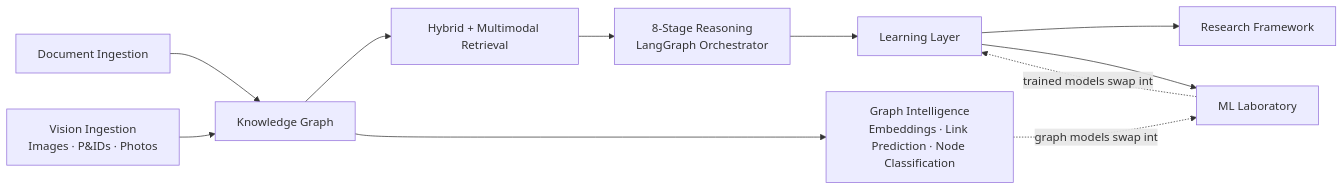
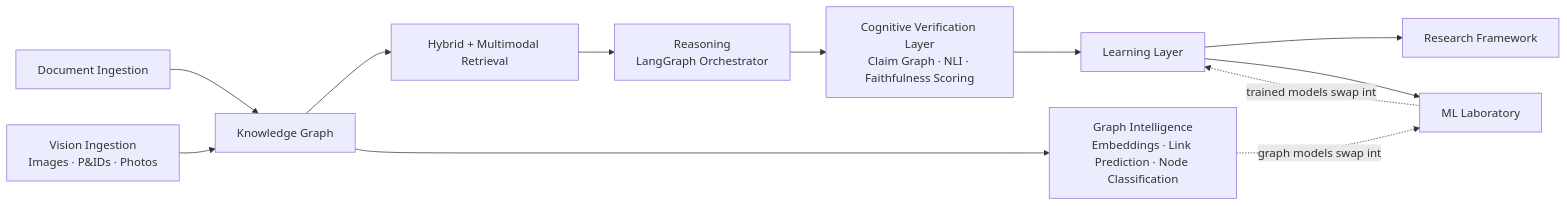
The diagram in README.md (NisirBage/industrial-knowledge-os), drawn with Mermaid before and after one commit. The commit also changed other lines of this file and 140 other files, not shown here.

````diff
--- a/README.md
+++ b/README.md
@@ -55,13 +56,14 @@
 ```mermaid
 flowchart LR
     A[Document Ingestion] --> B[Knowledge Graph]
     V[Vision Ingestion<br/>Images · P&IDs · Photos] --> B
     B --> C[Hybrid + Multimodal Retrieval]
-    C --> D[8-Stage Reasoning<br/>LangGraph Orchestrator]
-    D --> E[Learning Layer]
+    C --> D[Reasoning<br/>LangGraph Orchestrator]
+    D --> CV[Cognitive Verification Layer<br/>Claim Graph · NLI · Faithfulness Scoring]
+    CV --> E[Learning Layer]
     E --> F[Research Framework]
     E --> G[ML Laboratory]
     B --> H[Graph Intelligence<br/>Embeddings · Link Prediction · Node Classification]
     H -.graph models swap into.-> G
     G -.trained models swap into.-> E
 ```
````
